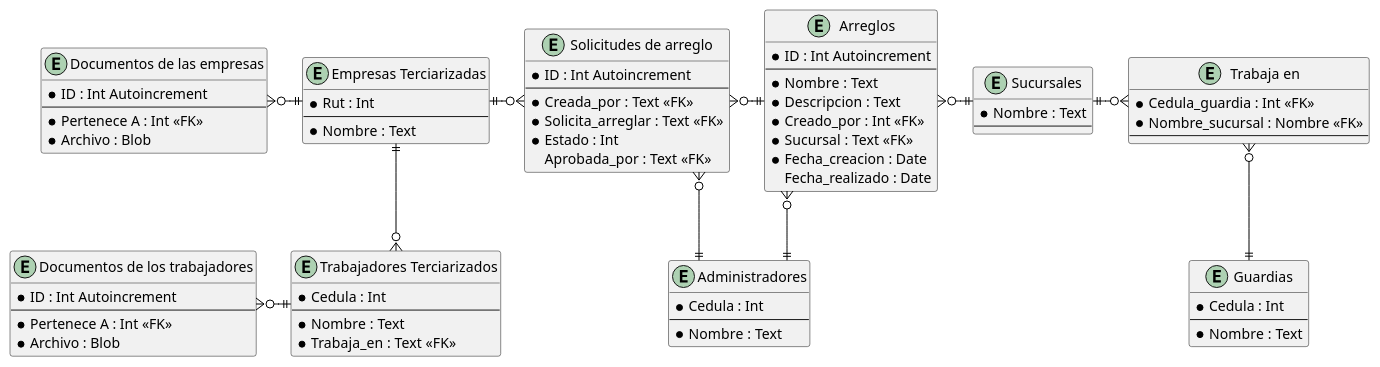
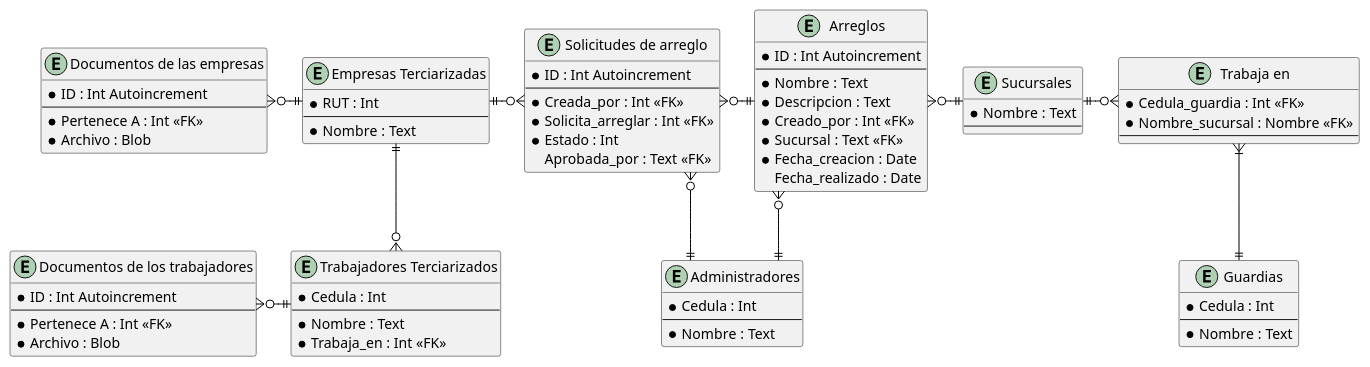
The diagram in diagramas/Base_de_datos/Diagrama_de_base_de_datos.puml (Arcemist/ProyectoUTU), drawn with PlantUML before and after one commit. The commit also changed 1 other file, not shown here.

Commit message:
Actualize el diagrama para que las claves foreaneas esten bien

```diff
--- a/diagramas/Base_de_datos/Diagrama_de_base_de_datos.puml
+++ b/diagramas/Base_de_datos/Diagrama_de_base_de_datos.puml
@@ -1,100 +1,100 @@
 @startuml "Diagrama_de_la_Base_de_datos"
 
 skinparam {
 	BackgroundColor white
 	LineType Ortho
 	ArrowColor Black
 	Entity {
 		FontColor Black
 		BackgroundColor White
 		BorderColor Black
 	}
 }
 
 'left to right direction
 
 entity "Sucursales" {
 	* Nombre : Text
 	--
 }
 
 entity "Administradores" {
 	* Cedula : Int
 	--
 	* Nombre : Text
 }
 
 entity "Guardias" {
 	* Cedula : Int
 	--
 	* Nombre : Text
 }
 
 entity "Trabaja en" {
 	* Cedula_guardia : Int <<FK>>
 	* Nombre_sucursal : Nombre <<FK>>
 	--
 }
 
 entity "Empresas Terciarizadas" {
-	* Rut : Int
+	* RUT : Int
 	--
 	* Nombre : Text
 }
 
 entity "Documentos de las empresas" {
 	* ID : Int Autoincrement
 	--
 	* Pertenece A : Int <<FK>>
 	* Archivo : Blob
 }
 
 entity "Trabajadores Terciarizados" {
 	* Cedula : Int
 	--
 	* Nombre : Text
-	* Trabaja_en : Text <<FK>>
+	* Trabaja_en : Int <<FK>>
 }
 
 entity "Documentos de los trabajadores" {
 	* ID : Int Autoincrement
 	--
 	* Pertenece A : Int <<FK>>
 	* Archivo : Blob
 }
 
 entity "Arreglos" {
 	* ID : Int Autoincrement
 	--
 	* Nombre : Text
 	* Descripcion : Text
 	* Creado_por : Int <<FK>>
 	* Sucursal : Text <<FK>>
 	* Fecha_creacion : Date
 	Fecha_realizado : Date
 }
 
 entity "Solicitudes de arreglo" {
 	* ID : Int Autoincrement
 	--
-	* Creada_por : Text <<FK>>
-	* Solicita_arreglar : Text <<FK>>
+	* Creada_por : Int <<FK>>
+	* Solicita_arreglar : Int <<FK>>
 	* Estado : Int
 	Aprobada_por : Text <<FK>>
 }
 
 ' Añadiendo las relaciones:
 "Sucursales" ||-r-o{ "Trabaja en"
-"Guardias" ||-u-o{ "Trabaja en"
+"Guardias" ||-u-|{ "Trabaja en"
 "Administradores" ||-u-o{ "Arreglos"
 "Administradores" ||-u-o{ "Solicitudes de arreglo"
 "Arreglos" }o-r-||"Sucursales"
 "Arreglos" ||-l-o{ "Solicitudes de arreglo"
 "Empresas Terciarizadas" ||-r-o{ "Solicitudes de arreglo"
 "Empresas Terciarizadas" ||-l-o{ "Documentos de las empresas"
 "Empresas Terciarizadas" ||-d-o{ "Trabajadores Terciarizados"
 "Trabajadores Terciarizados" ||-l-o{ "Documentos de los trabajadores"
 
 ' Puedo poner ':' despues de una relacion pa poner comentario en el medio
 
 @enduml
```
